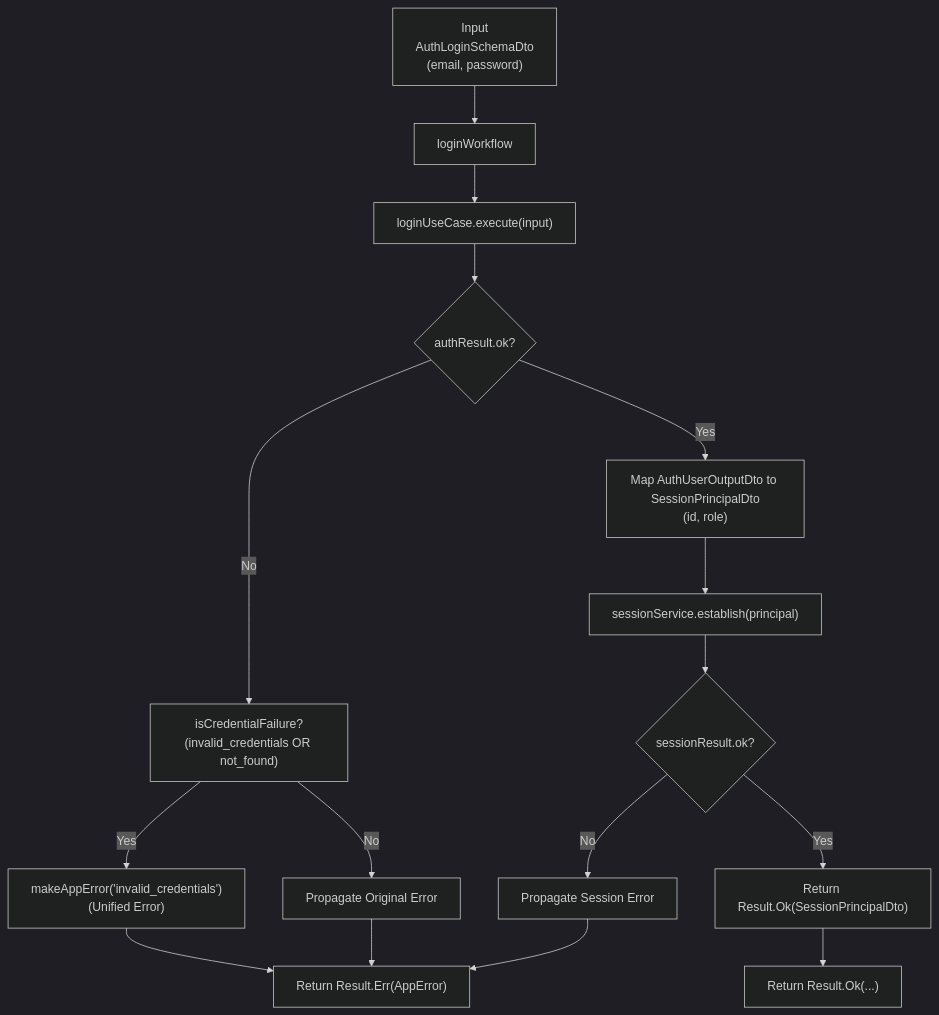
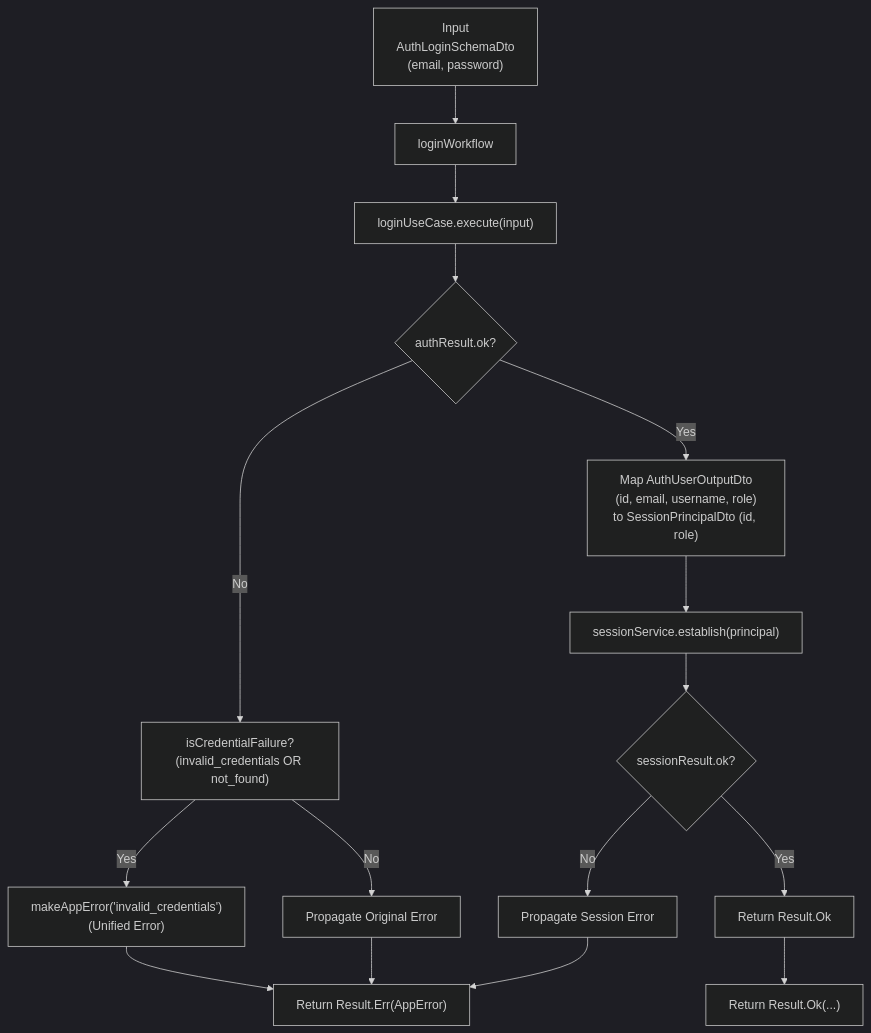
The second of 6 diagrams in src/modules/auth/notes/flowcharts.md (andrewpetersondev/nextjs-dashboard), drawn with Mermaid (dark theme) before and after one commit. The commit also changed other lines of this file and 1 other file, not shown here.

Commit message:
docs: enhance flowcharts and login workflow with detailed mappings for session principal DTO

````diff
--- a/src/modules/auth/notes/flowcharts.md
+++ b/src/modules/auth/notes/flowcharts.md
@@ -54,34 +54,34 @@
 ```mermaid
 flowchart TD
 %% Inputs
   A["Input<br/>AuthLoginSchemaDto<br/>(email, password)"] --> B[loginWorkflow]
 
 %% Use Case Call
   B --> C["loginUseCase.execute(input)"]
 
 %% Auth Result Decision
   C --> D{authResult.ok?}
 
 %% Error Handling Branch
   D -->|No| E["isCredentialFailure?<br/>(invalid_credentials OR not_found)"]
 
 %% Anti-Enumeration mapping
   E -->|Yes| F["makeAppError('invalid_credentials')<br/>(Unified Error)"]
   E -->|No| G["Propagate Original Error"]
 
 F --> Z["Return Result.Err(AppError)"]
 G --> Z
 
 %% Success Branch
-D -->|Yes| H["Map AuthUserOutputDto to SessionPrincipalDto<br/>(id, role)"]
+D -->|Yes| H["Map AuthUserOutputDto<br/>(id, email, username, role)<br/>to SessionPrincipalDto (id, role)"]
 H --> I["sessionService.establish(principal)"]
 
 %% Session Result Decision
 I --> J{sessionResult.ok?}
 
 J -->|No| K["Propagate Session Error"]
-J -->|Yes| L["Return Result.Ok(SessionPrincipalDto)"]
+J -->|Yes| L["Return Result.Ok<SessionPrincipalDto (id, role)>"]
 
 K --> Z
 L --> Z1["Return Result.Ok(...)"]
 ```
````
